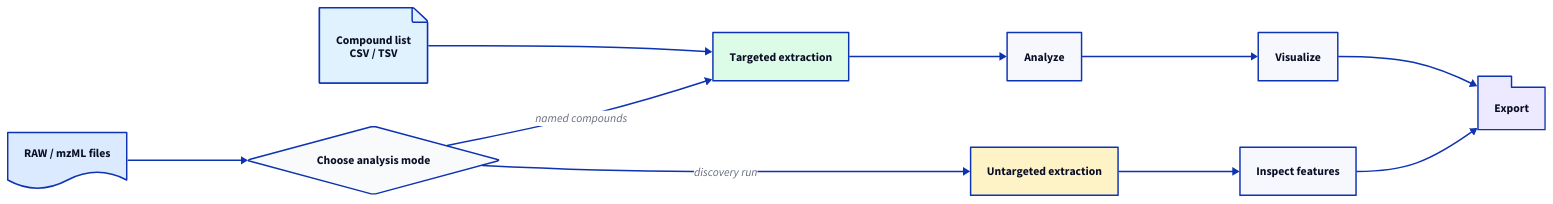
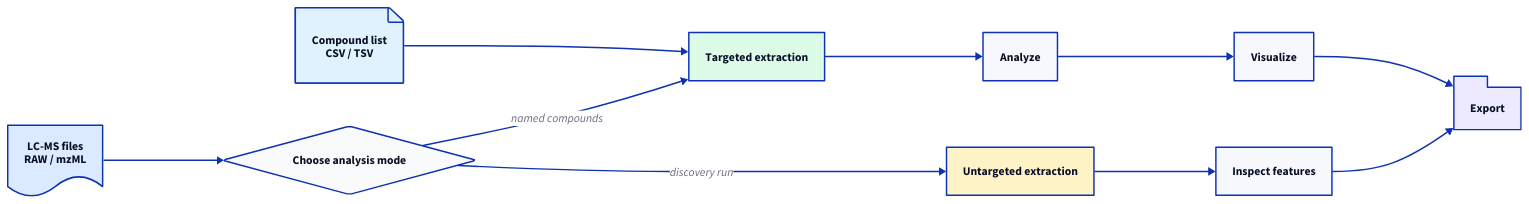
The diagram in workflow/prepare-data.md (MorscherLab/LEAF-docs), drawn with D2 before and after one commit. The commit also changed other lines of this file and 23 other files, not shown here.

````diff
--- a/workflow/prepare-data.md
+++ b/workflow/prepare-data.md
@@ -9,41 +9,41 @@
 ```d2
 direction: right
 
-raw: "RAW / mzML files" {
+raw: "LC-MS files\nRAW / mzML" {
   shape: document
   style.fill: "#dbeafe"
 }
 
 choice: "Choose analysis mode" {
   shape: diamond
   style.fill: "#f8fafc"
 }
 
 compounds: "Compound list\nCSV / TSV" {
   shape: page
   style.fill: "#e0f2fe"
 }
 
 targeted: "Targeted extraction" {
   style.fill: "#dcfce7"
 }
 analyze: "Analyze"
 visualize: "Visualize"
 
 untargeted: "Untargeted extraction" {
   style.fill: "#fef3c7"
 }
 inspect: "Inspect features"
 
 export: "Export" {
   shape: package
   style.fill: "#ede9fe"
 }
 
 raw -> choice
 compounds -> targeted
 choice -> targeted: "named compounds"
 choice -> untargeted: "discovery run"
 targeted -> analyze -> visualize -> export
 untargeted -> inspect -> export
 ```
````
